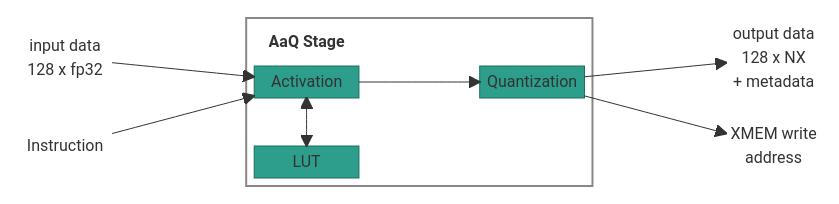
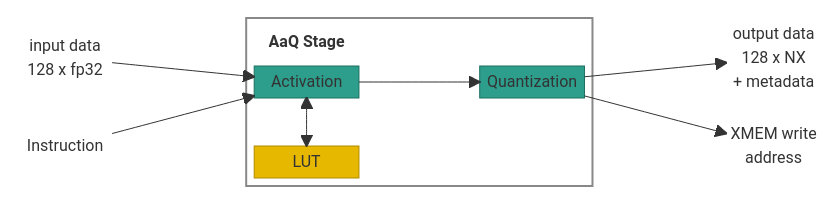
One commit to rechefe/ipu-emulator changed the diagram in docs/content/specs/ARCH-stage-aaq-str.md. Above: the diagram before and after it, drawn with Mermaid. The commit also changed 5 other files, not shown here.

Commit message:
Refine documentation and diagrams for IPU architecture: update section titles, clarify arithmetic events, and enhance visual representations in the Control, Accumulator, and Multiply stages.

````diff
--- a/docs/content/specs/ARCH-stage-aaq-str.md
+++ b/docs/content/specs/ARCH-stage-aaq-str.md
@@ -39,38 +39,40 @@
 ```mermaid
 block-beta
     columns 7
     block:INS:1
         columns 1
         ACC_OUT["input data<br>128 x fp32"]
         INSTR["Instruction"]
     end
     space
     block:STAGE:3
         columns 3
         TITLE["AaQ Stage"] space:2
         ACT["Activation"] space QUANT["Quantization"]
         space:3
         LUT["LUT"] space:2
     end
     space
     block:OUTS:1
         columns 1
         NX_OUT["output data<br>128 x NX<br>+ metadata"]
         XMEM_ADDR["XMEM write<br>address"]
     end
 
     ACC_OUT --> ACT
     INSTR --> ACT
     ACT --> QUANT
     ACT <--> LUT
     QUANT --> NX_OUT
     QUANT --> XMEM_ADDR
 
     classDef io fill:none,stroke:none
     classDef blk fill:#2e9e8c,stroke:#1a7060,color:#fff
+    classDef reg fill:#e6b800,stroke:#b38a00,color:#000
     classDef title fill:none,stroke:none,font-weight:bold
     class ACC_OUT,INSTR,NX_OUT,XMEM_ADDR,INS,OUTS io
-    class ACT,QUANT,LUT blk
+    class ACT,QUANT blk
+    class LUT reg
     class TITLE title
     style STAGE fill:none,stroke:#888,stroke-width:2px
 ```
````
